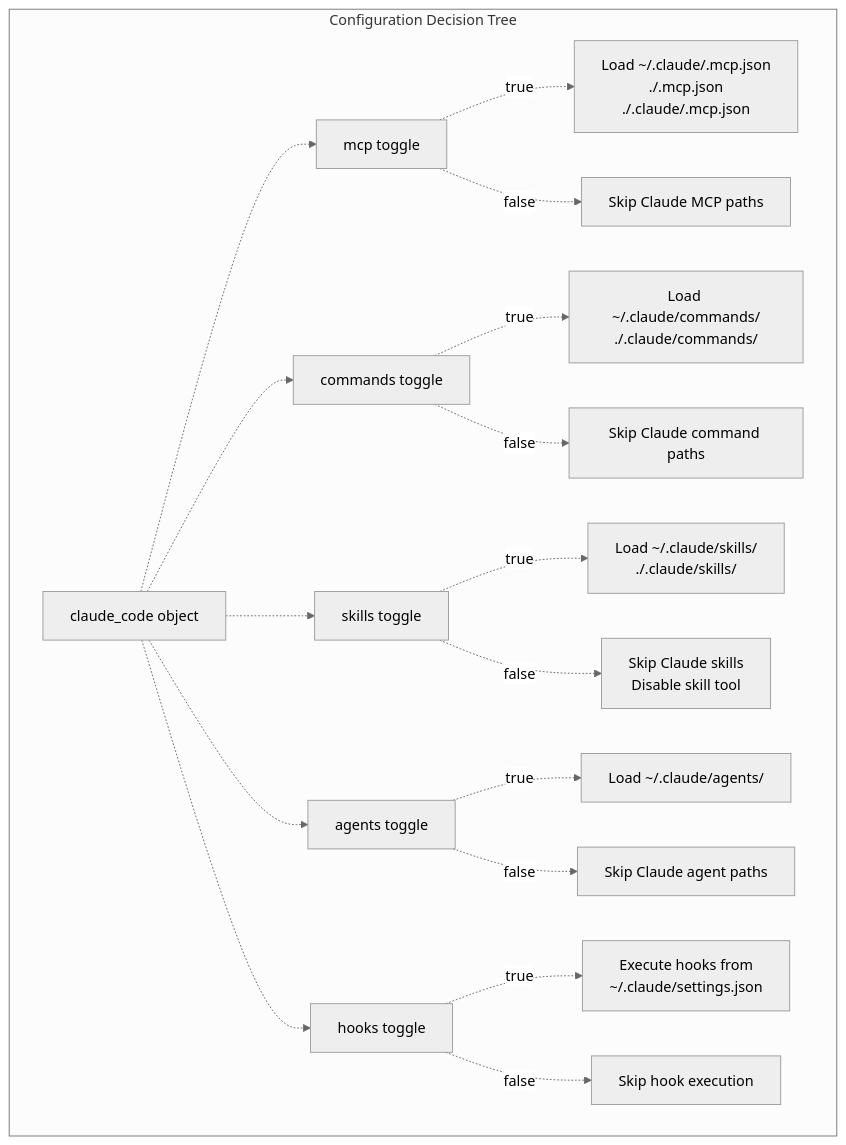
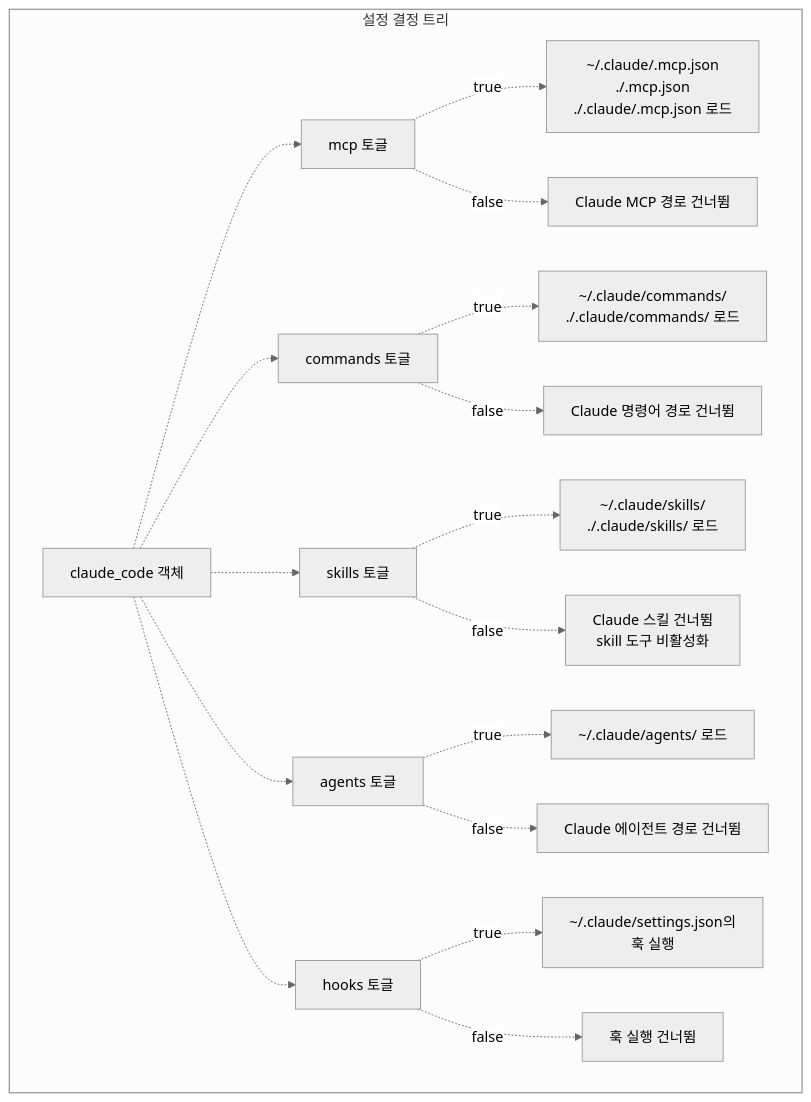
One commit to felipetruman/oh-my-opencode-docs changed the sixth of 6 diagrams in docs/compatibility/compatibility-toggles.md. Above: the diagram before and after it, drawn with Mermaid (neutral theme). The commit also changed other lines of this file and 76 other files, not shown here.

````diff
--- a/docs/compatibility/compatibility-toggles.md
+++ b/docs/compatibility/compatibility-toggles.md
@@ -401,54 +401,54 @@
 ```mermaid
 flowchart TD
 
-Start["claude_code object"]
-MCP["mcp toggle"]
-CMD["commands toggle"]
-SKL["skills toggle"]
-AGT["agents toggle"]
-HKS["hooks toggle"]
-MCPPaths["Load ~/.claude/.mcp.json<br>./.mcp.json<br>./.claude/.mcp.json"]
-MCPSkip["Skip Claude MCP paths"]
-CMDPaths["Load ~/.claude/commands/<br>./.claude/commands/"]
-CMDSkip["Skip Claude command paths"]
-SKLPaths["Load ~/.claude/skills/<br>./.claude/skills/"]
-SKLSkip["Skip Claude skills<br>Disable skill tool"]
-AGTPaths["Load ~/.claude/agents/"]
-AGTSkip["Skip Claude agent paths"]
-HKSPaths["Execute hooks from<br>~/.claude/settings.json"]
-HKSSkip["Skip hook execution"]
+Start["claude_code 객체"]
+MCP["mcp 토글"]
+CMD["commands 토글"]
+SKL["skills 토글"]
+AGT["agents 토글"]
+HKS["hooks 토글"]
+MCPPaths["~/.claude/.mcp.json<br>./.mcp.json<br>./.claude/.mcp.json 로드"]
+MCPSkip["Claude MCP 경로 건너뜀"]
+CMDPaths["~/.claude/commands/<br>./.claude/commands/ 로드"]
+CMDSkip["Claude 명령어 경로 건너뜀"]
+SKLPaths["~/.claude/skills/<br>./.claude/skills/ 로드"]
+SKLSkip["Claude 스킬 건너뜀<br>skill 도구 비활성화"]
+AGTPaths["~/.claude/agents/ 로드"]
+AGTSkip["Claude 에이전트 경로 건너뜀"]
+HKSPaths["~/.claude/settings.json의<br>훅 실행"]
+HKSSkip["훅 실행 건너뜀"]
 
-subgraph subGraph0 ["Configuration Decision Tree"]
+subgraph subGraph0 ["설정 결정 트리"]
     Start
     MCP
     CMD
     SKL
     AGT
     HKS
     MCPPaths
     MCPSkip
     CMDPaths
     CMDSkip
     SKLPaths
     SKLSkip
     AGTPaths
     AGTSkip
     HKSPaths
     HKSSkip
     Start -.-> MCP
     Start -.-> CMD
     Start -.-> SKL
     Start -.-> AGT
     Start -.-> HKS
     MCP -.->|"true"| MCPPaths
     MCP -.->|"false"| MCPSkip
     CMD -.->|"true"| CMDPaths
     CMD -.->|"false"| CMDSkip
     SKL -.->|"true"| SKLPaths
     SKL -.->|"false"| SKLSkip
     AGT -.->|"true"| AGTPaths
     AGT -.->|"false"| AGTSkip
     HKS -.->|"true"| HKSPaths
     HKS -.->|"false"| HKSSkip
 end
 ```
````
